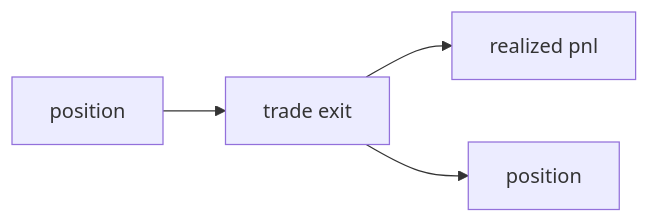
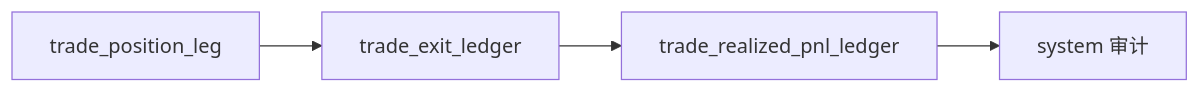
The diagram in docs/03-execution/102-trade-exit-pnl-ledger-bootstrap-card-20260411.md (everything-is-simple/lifespan-0.01), drawn with Mermaid before and after one commit. The commit also changed other lines of this file and 39 other files, not shown here.

Commit message:
docs: freeze pre-trade gates and trade-system recovery plans

````diff
--- a/docs/03-execution/102-trade-exit-pnl-ledger-bootstrap-card-20260411.md
+++ b/docs/03-execution/102-trade-exit-pnl-ledger-bootstrap-card-20260411.md
@@ -33,6 +35,6 @@
 ```mermaid
 flowchart LR
-    POS[position] --> EXIT[trade exit]
-    EXIT --> PNLR[realized pnl]
-    EXIT --> POSR[position]
+    LEG[trade_position_leg] --> EXIT[trade_exit_ledger]
+    EXIT --> PNLR[trade_realized_pnl_ledger]
+    PNLR --> SYS[system 审计]
 ```
````
